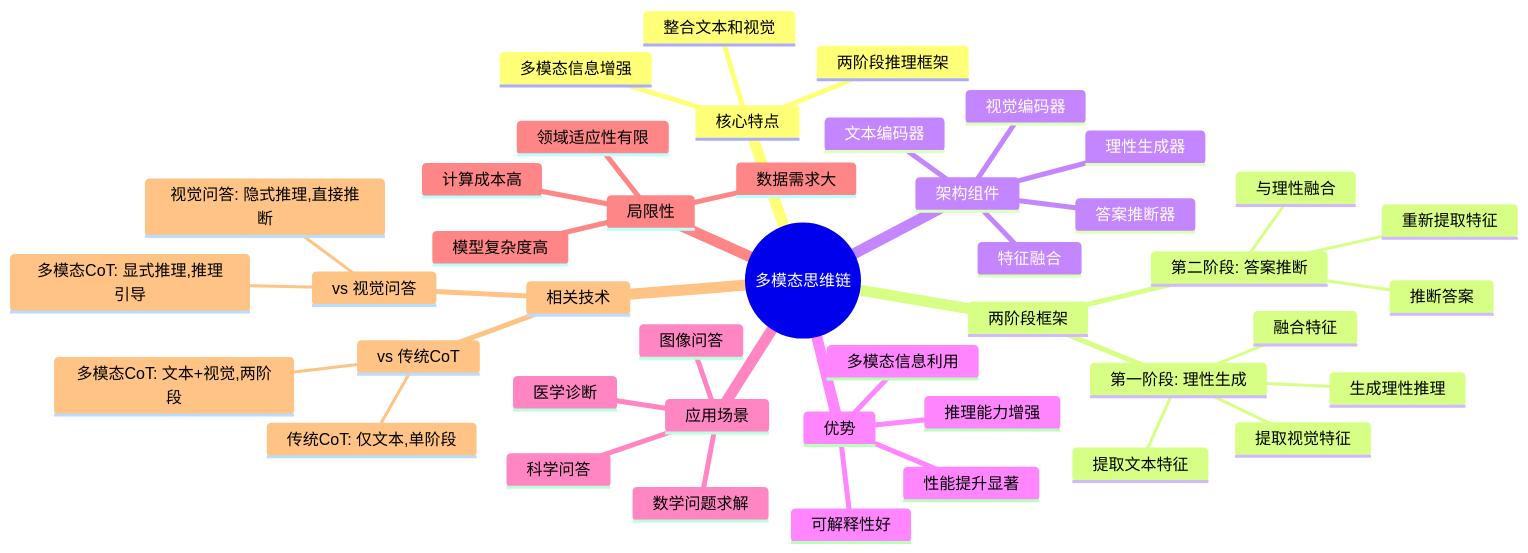
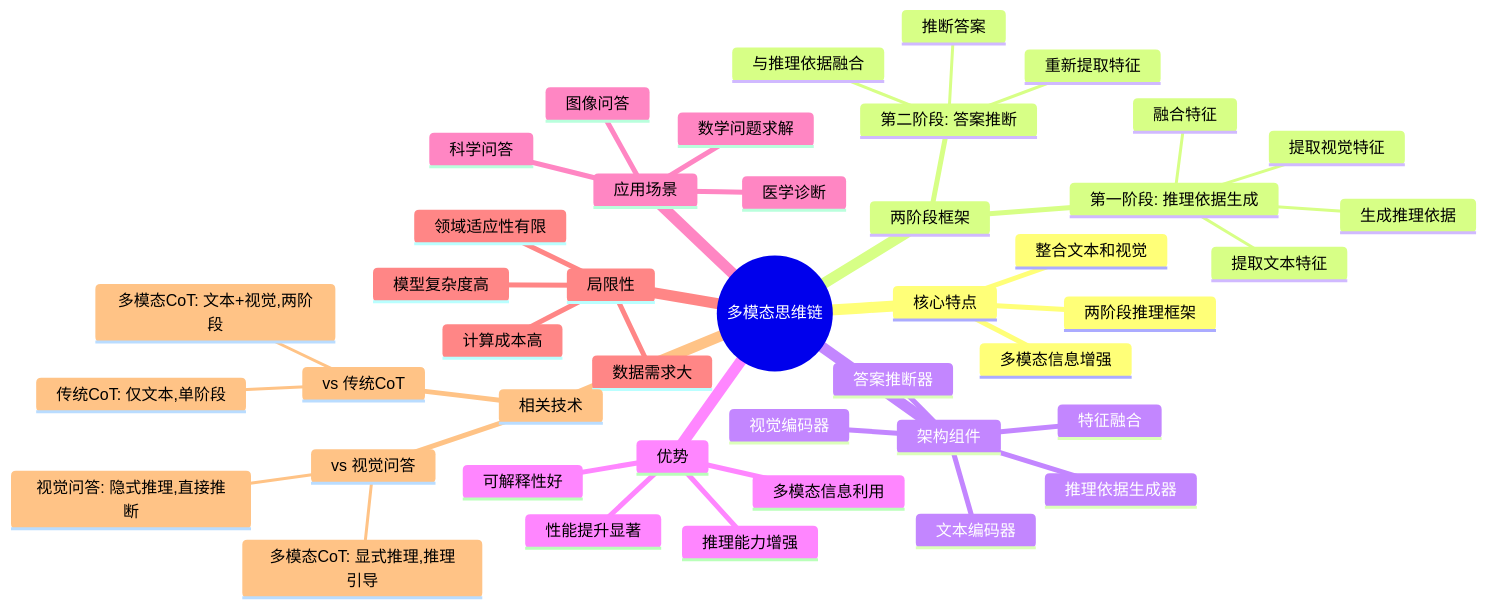
Before and after one commit to lihaizhong/ai-agent-upgrade: diagram 17 of 21 in notebook/00-prompt-techniques-overview.md, drawn with Mermaid. The commit also changed other lines of this file and 15 other files, not shown here.

````diff
--- a/notebook/00-prompt-techniques-overview.md
+++ b/notebook/00-prompt-techniques-overview.md
@@ -752,46 +752,46 @@
 ```mermaid
 mindmap
   root((多模态思维链))
     核心特点
       整合文本和视觉
       两阶段推理框架
       多模态信息增强
     两阶段框架
-      第一阶段: 理性生成
+      第一阶段: 推理依据生成
         提取文本特征
         提取视觉特征
         融合特征
-        生成理性推理
+        生成推理依据
       第二阶段: 答案推断
         重新提取特征
-        与理性融合
+        与推理依据融合
         推断答案
     架构组件
       文本编码器
       视觉编码器
       特征融合
-      理性生成器
+      推理依据生成器
       答案推断器
     优势
       多模态信息利用
       推理能力增强
       性能提升显著
       可解释性好
     应用场景
       科学问答
       图像问答
       数学问题求解
       医学诊断
     局限性
       计算成本高
       数据需求大
       模型复杂度高
       领域适应性有限
     相关技术
       vs 传统CoT
         多模态CoT: 文本+视觉,两阶段
         传统CoT: 仅文本,单阶段
       vs 视觉问答
         多模态CoT: 显式推理,推理引导
         视觉问答: 隐式推理,直接推断
 ```
````
